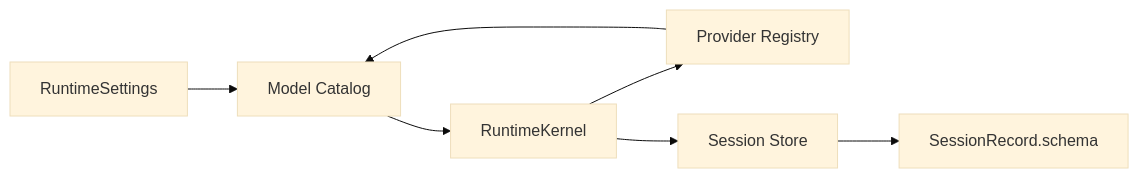
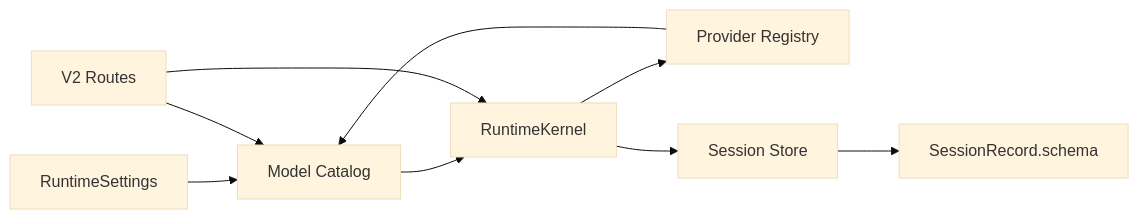
The seventh of 7 diagrams in .qoder/repowiki/en/content/Architecture Documentation/SPEC-024_ Runtime LLM Model Switching.md (metasync/luban-aiops), drawn with Mermaid (base theme) before and after one commit. The commit also changed other lines of this file and 7 other files, not shown here.

````diff
--- a/.qoder/repowiki/en/content/Architecture Documentation/SPEC-024_ Runtime LLM Model Switching.md
+++ b/.qoder/repowiki/en/content/Architecture Documentation/SPEC-024_ Runtime LLM Model Switching.md
@@ -265,9 +328,11 @@
 ```mermaid
 graph LR
 Settings["RuntimeSettings"] --> Catalog["Model Catalog"]
 Registry["Provider Registry"] --> Catalog
 Catalog --> Kernel["RuntimeKernel"]
 Kernel --> Registry
 Kernel --> Store["Session Store"]
 Store --> Schemas["SessionRecord.schema"]
+Routes["V2 Routes"] --> Catalog
+Routes --> Kernel
 ```
````
